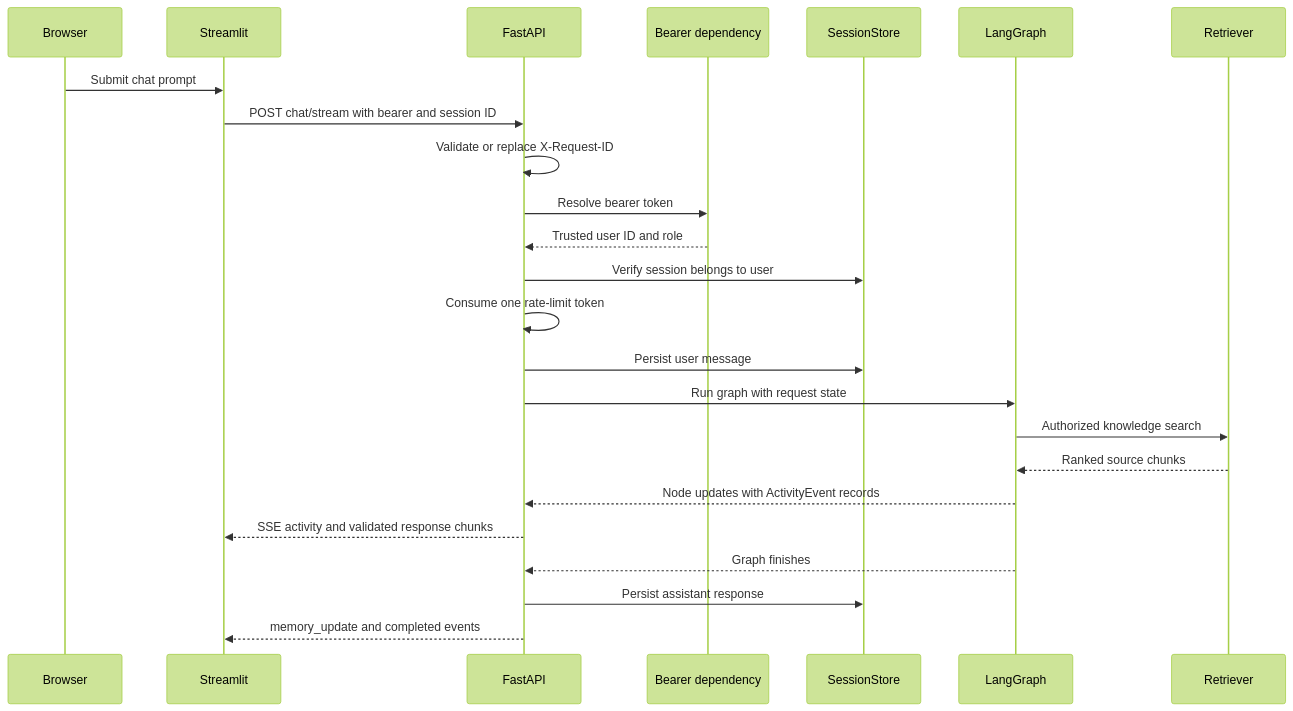
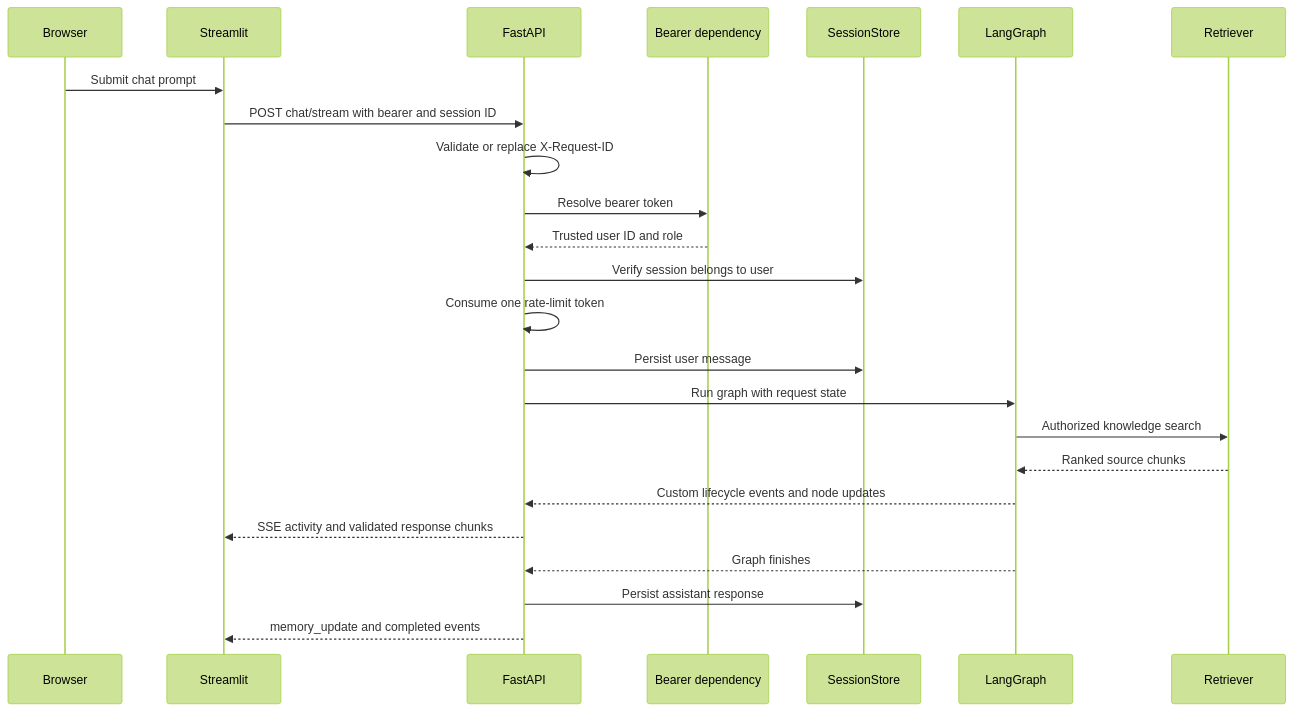
Before and after one commit to Thavarshan/enterprise-knowledge-assistant: the diagram in docs/request-lifecycle.md, drawn with Mermaid (forest theme). The commit also changed other lines of this file and 20 other files, not shown here.

Commit message:
feat: stream graph lifecycle events and trace model calls

````diff
--- a/docs/request-lifecycle.md
+++ b/docs/request-lifecycle.md
@@ -23,26 +23,26 @@
 ```mermaid
 sequenceDiagram
   participant Browser as Browser
   participant UI as Streamlit
   participant API as FastAPI
   participant Auth as Bearer dependency
   participant Store as SessionStore
   participant Graph as LangGraph
   participant Search as Retriever
   Browser->>UI: Submit chat prompt
   UI->>API: POST chat/stream with bearer and session ID
   API->>API: Validate or replace X-Request-ID
   API->>Auth: Resolve bearer token
   Auth-->>API: Trusted user ID and role
   API->>Store: Verify session belongs to user
   API->>API: Consume one rate-limit token
   API->>Store: Persist user message
   API->>Graph: Run graph with request state
   Graph->>Search: Authorized knowledge search
   Search-->>Graph: Ranked source chunks
-  Graph-->>API: Node updates with ActivityEvent records
+  Graph-->>API: Custom lifecycle events and node updates
   API-->>UI: SSE activity and validated response chunks
   Graph-->>API: Graph finishes
   API->>Store: Persist assistant response
   API-->>UI: memory_update and completed events
 ```
````
